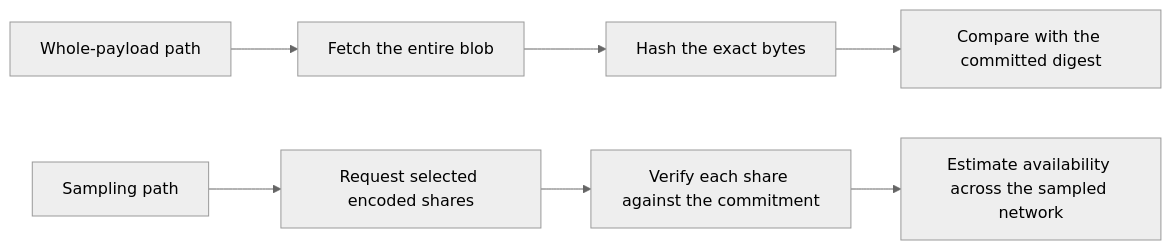
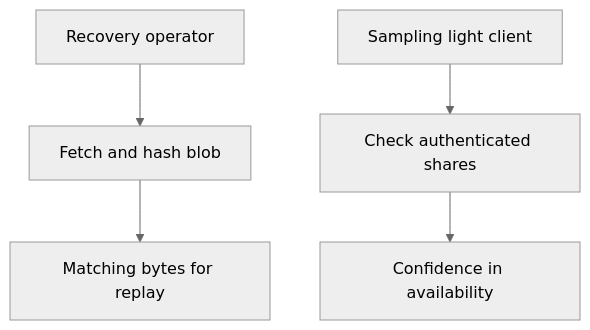
The diagram in docs/architecture/comparison.mdx (syscoin/sys-docs), drawn with Mermaid (neutral theme) before and after one commit. The commit also changed other lines of this file and 45 other files, not shown here.

````diff
--- a/docs/architecture/comparison.mdx
+++ b/docs/architecture/comparison.mdx
@@ -34,9 +71,9 @@
 ```mermaid
-flowchart LR
-    A["Whole-payload path"] --> B["Fetch the entire blob"]
-    B --> C["Hash the exact bytes"]
-    C --> D["Compare with the committed digest"]
-    E["Sampling path"] --> F["Request selected encoded shares"]
-    F --> G["Verify each share against the commitment"]
-    G --> H["Estimate availability across the sampled network"]
+flowchart TB
+    accTitle: Two readers checking data availability
+    accDescr: A recovery operator fetches and hashes the complete blob to replay it. A sampling light client checks authenticated shares to gain confidence in availability.
+    A["Recovery operator"] --> B["Fetch and hash blob"]
+    B --> C["Matching bytes for replay"]
+    D["Sampling light client"] --> E["Check authenticated shares"]
+    E --> F["Confidence in availability"]
 ```
````
